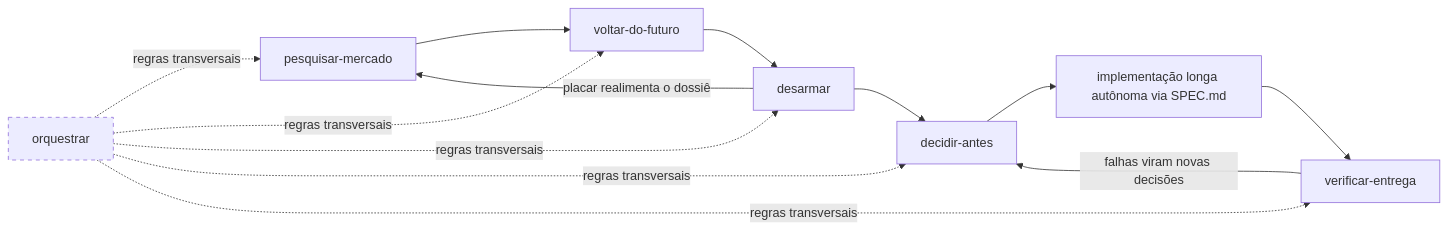
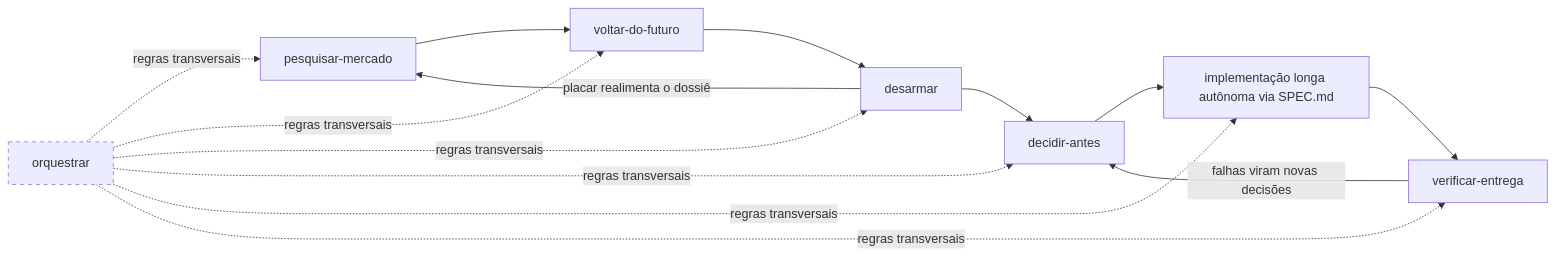
Before and after one commit to allangdy/ll-skills: the diagram in README.md, drawn with Mermaid. The commit also changed other lines of this file and 15 other files, not shown here.

````diff
--- a/README.md
+++ b/README.md
@@ -22,12 +22,12 @@
 ```mermaid
 flowchart LR
     A[pesquisar-mercado] --> B[voltar-do-futuro]
     B --> C[desarmar]
     C -->|placar realimenta o dossiê| A
     C --> D[decidir-antes]
     D --> E[implementação longa autônoma via SPEC.md]
     E --> F[verificar-entrega]
     F -->|falhas viram novas decisões| D
-    O[orquestrar]:::trans -.regras transversais.-> A & B & C & D & F
+    O[orquestrar]:::trans -.regras transversais.-> A & B & C & D & E & F
     classDef trans stroke-dasharray: 5 5
 ```
````
